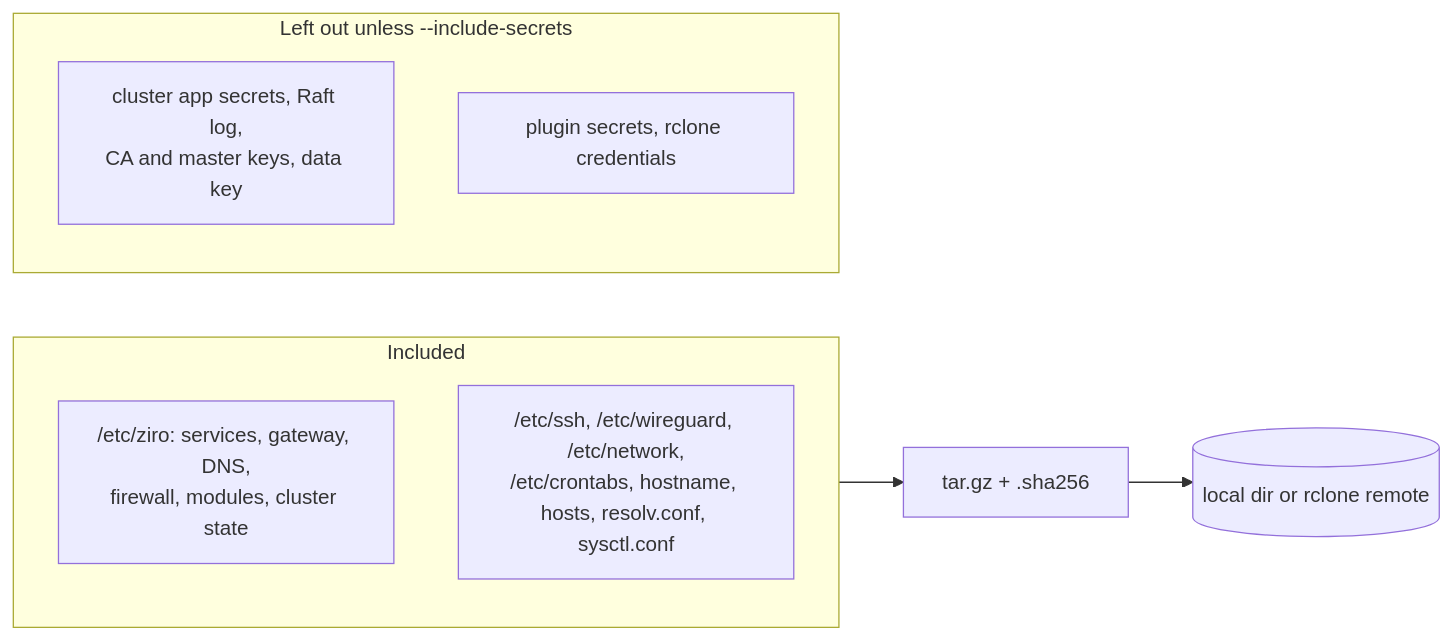
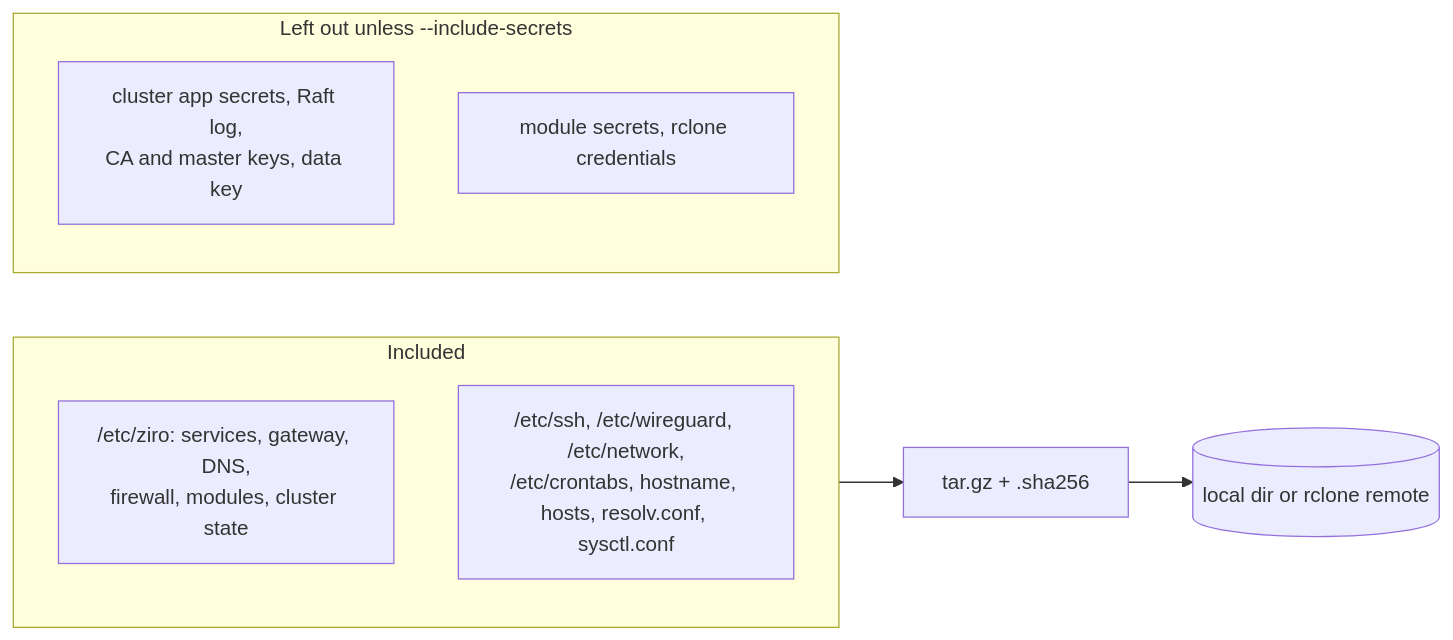
Before and after one commit to ziro-os/ziro-os: the diagram in docs/backup.md, drawn with Mermaid. The commit also changed other lines of this file and 44 other files, not shown here.

````diff
--- a/docs/backup.md
+++ b/docs/backup.md
@@ -23,12 +23,12 @@
 ```mermaid
 flowchart LR
   subgraph In[Included]
     A["/etc/ziro: services, gateway, DNS,<br/>firewall, modules, cluster state"]
     B["/etc/ssh, /etc/wireguard, /etc/network,<br/>/etc/crontabs, hostname, hosts, resolv.conf, sysctl.conf"]
   end
   subgraph Out[Left out unless --include-secrets]
     S[cluster app secrets, Raft log,<br/>CA and master keys, data key]
-    P[plugin secrets, rclone credentials]
+    P[module secrets, rclone credentials]
   end
   In --> T[tar.gz + .sha256] --> R[(local dir or rclone remote)]
 ```
````
